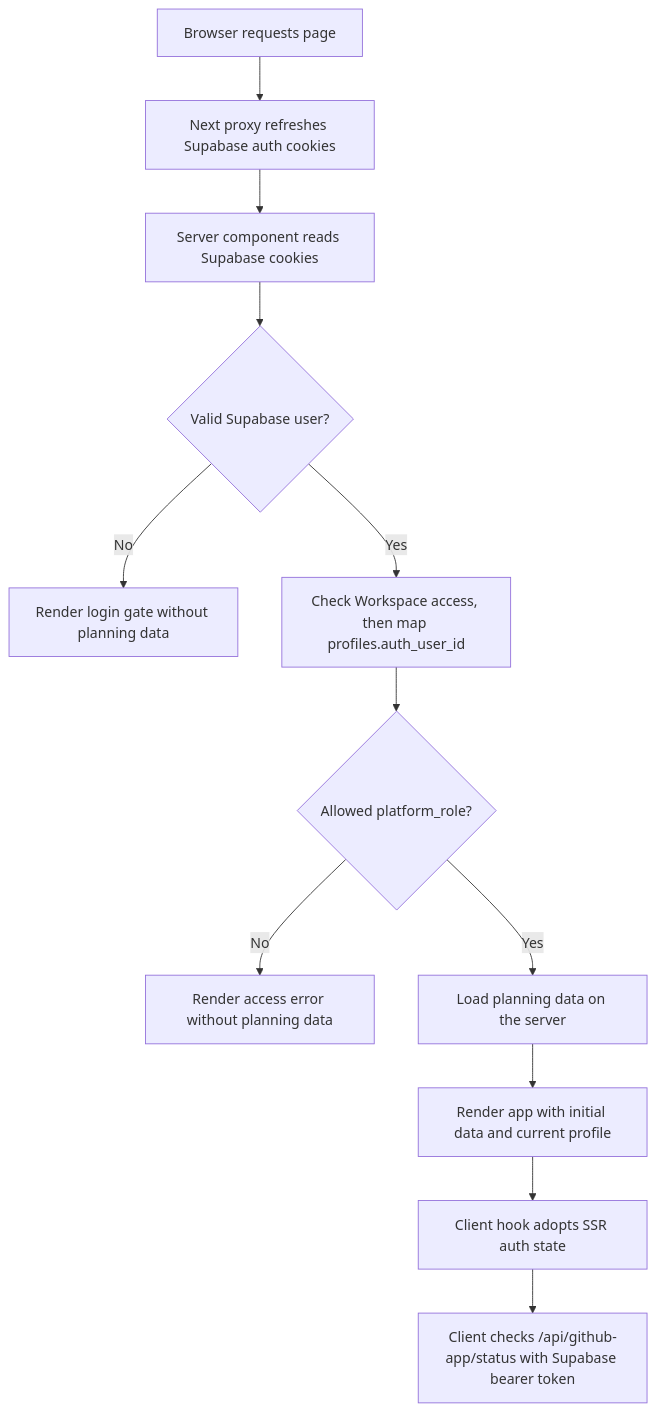
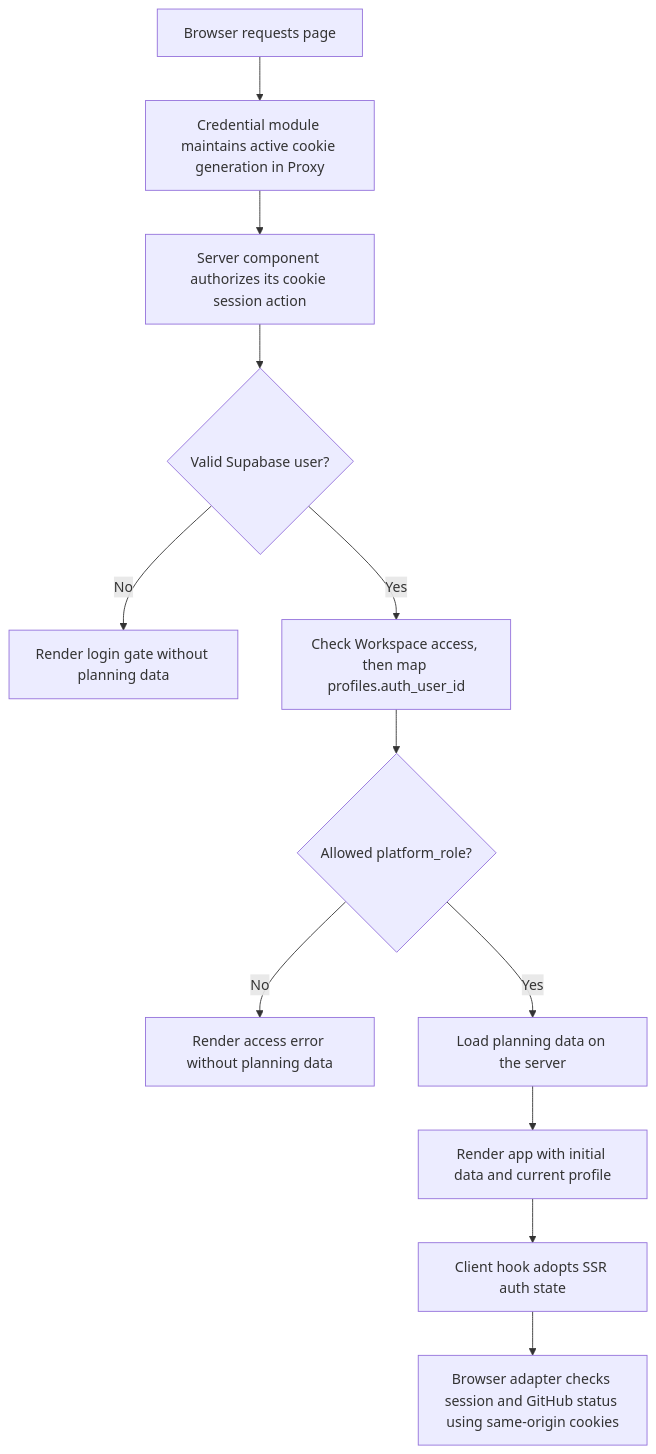
One commit to findmydoc-platform/founder-scoreboard-v2 changed the first of 5 diagrams in docs/auth-flow.md. Above: the diagram before and after it, drawn with Mermaid. The commit also changed other lines of this file and 28 other files, not shown here.

````diff
--- a/docs/auth-flow.md
+++ b/docs/auth-flow.md
@@ -21,14 +21,14 @@
 ```mermaid
 flowchart TD
-  A["Browser requests page"] --> B["Next proxy refreshes Supabase auth cookies"]
-  B --> C["Server component reads Supabase cookies"]
+  A["Browser requests page"] --> B["Credential module maintains active cookie generation in Proxy"]
+  B --> C["Server component authorizes its cookie session action"]
   C --> D{"Valid Supabase user?"}
   D -- "No" --> E["Render login gate without planning data"]
   D -- "Yes" --> F["Check Workspace access, then map profiles.auth_user_id"]
   F --> G{"Allowed platform_role?"}
   G -- "No" --> H["Render access error without planning data"]
   G -- "Yes" --> I["Load planning data on the server"]
   I --> J["Render app with initial data and current profile"]
   J --> K["Client hook adopts SSR auth state"]
-  K --> L["Client checks /api/github-app/status with Supabase bearer token"]
+  K --> L["Browser adapter checks session and GitHub status using same-origin cookies"]
 ```
````
